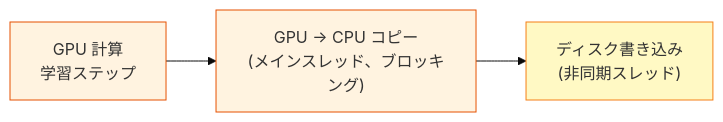
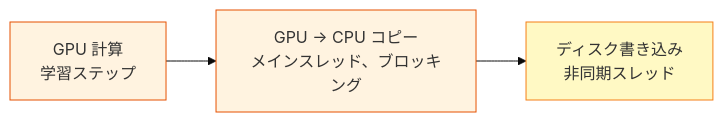
The fourth of 7 diagrams in articles/98e6a7acbac32e.md (littlemex/zenn), drawn with Mermaid (base theme) before and after one commit. The commit also changed other lines of this file, not shown here.

````diff
--- a/articles/98e6a7acbac32e.md
+++ b/articles/98e6a7acbac32e.md
@@ -307,9 +395,9 @@
 ```mermaid
 graph LR
-    L1A["GPU 計算<br/>学習ステップ"] --> L1B["GPU → CPU コピー<br/>(メインスレッド、ブロッキング)"]
-    L1B --> L1C["ディスク書き込み<br/>(非同期スレッド)"]
+    L1A["GPU 計算<br/>学習ステップ"] --> L1B["GPU → CPU コピー<br/>メインスレッド、ブロッキング"]
+    L1B --> L1C["ディスク書き込み<br/>非同期スレッド"]
 
     style L1A fill: #fff3e0,stroke: #e65100
     style L1B fill: #fff3e0,stroke: #e65100
     style L1C fill: #fff9c4,stroke: #f57f17
 ```
````
